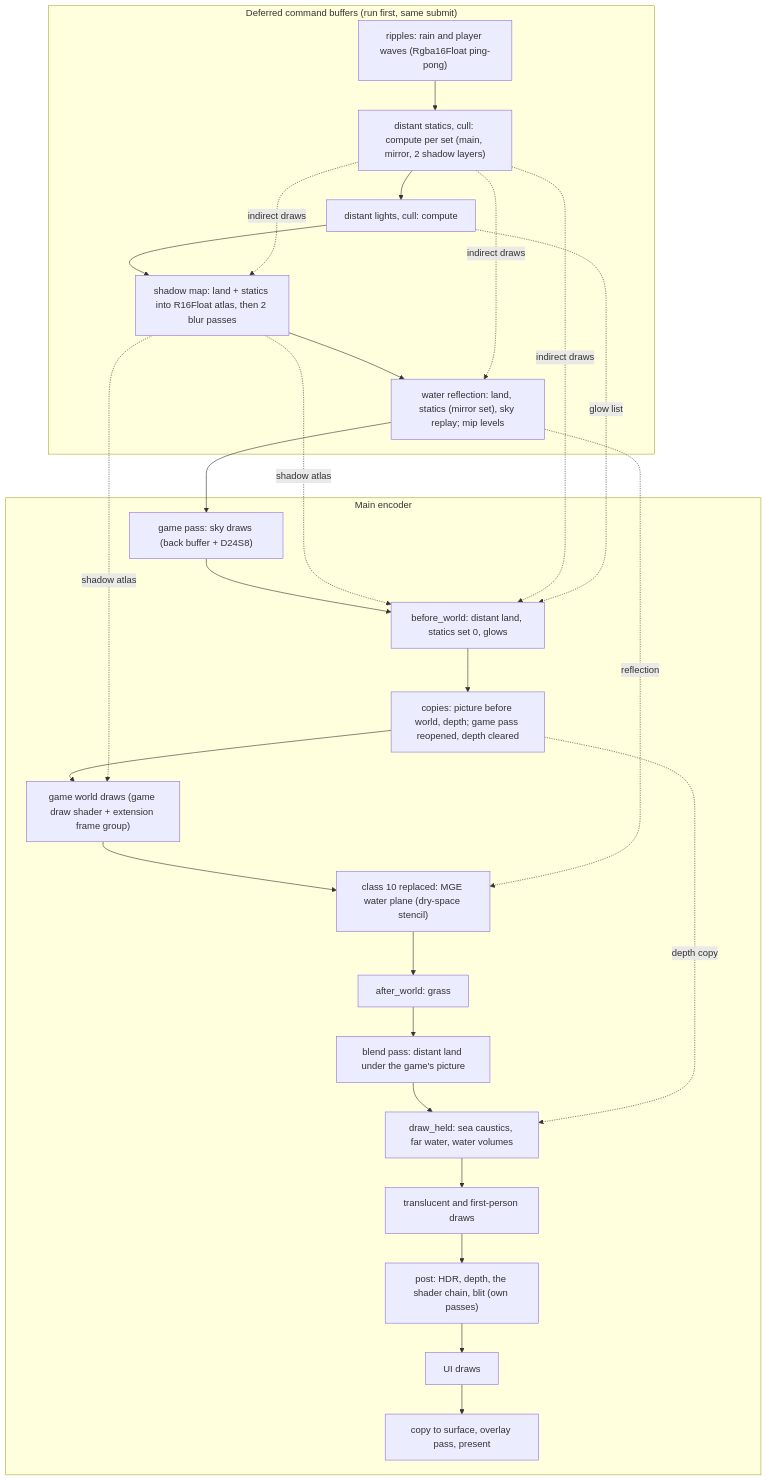
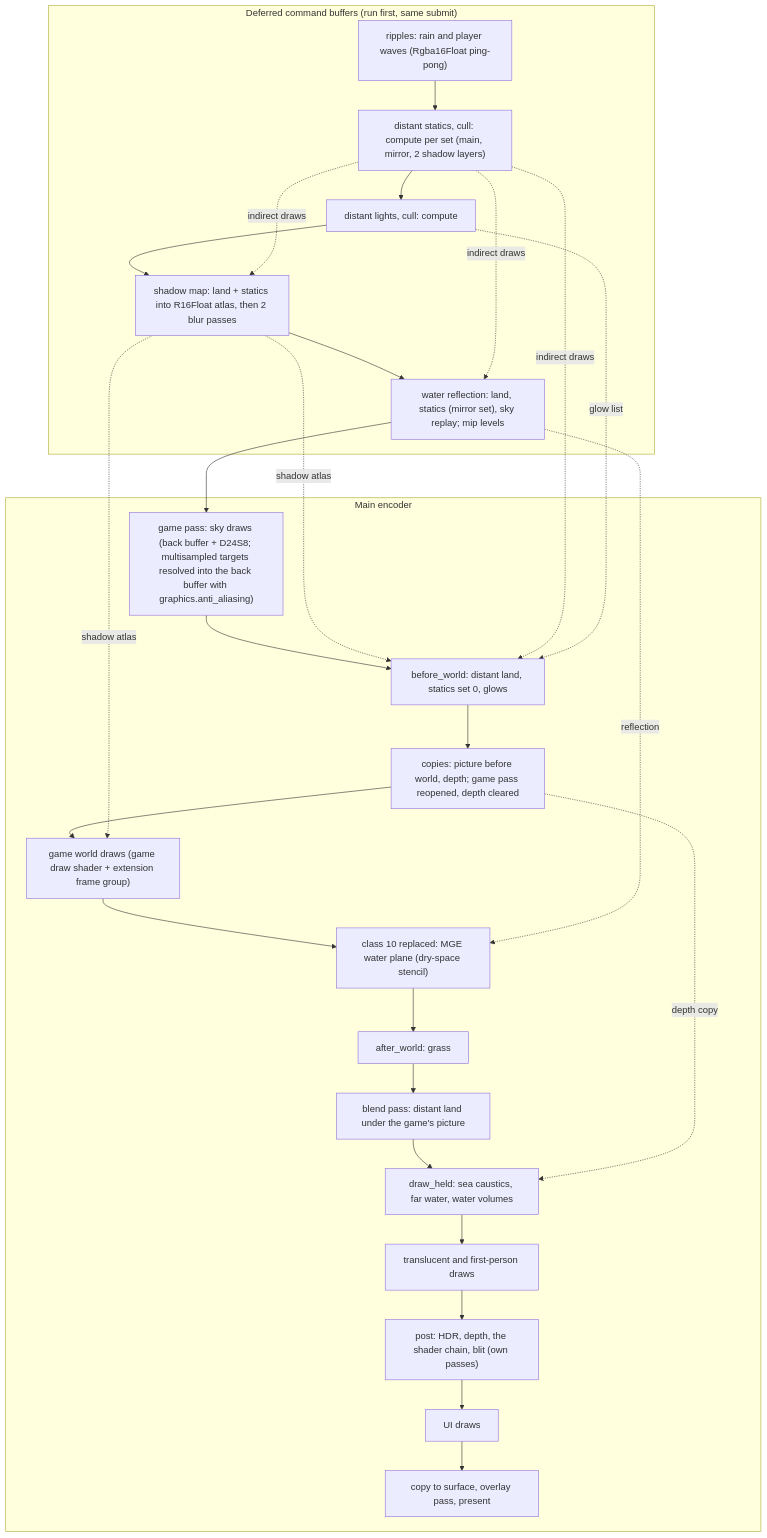
Before and after one commit to StormAtronach/MGE-XE-G7: the diagram in docs/architecture/wgpu-renderer.md, drawn with Mermaid. The commit also changed other lines of this file and 8 other files, not shown here.

````diff
--- a/docs/architecture/wgpu-renderer.md
+++ b/docs/architecture/wgpu-renderer.md
@@ -130,34 +144,34 @@
 ```mermaid
 flowchart TD
     subgraph deferred["Deferred command buffers (run first, same submit)"]
         R["ripples: rain and player waves (Rgba16Float ping-pong)"]
         C["distant statics, cull: compute per set (main, mirror, 2 shadow layers)"]
         L["distant lights, cull: compute"]
         S["shadow map: land + statics into R16Float atlas, then 2 blur passes"]
         W["water reflection: land, statics (mirror set), sky replay; mip levels"]
     end
     subgraph main["Main encoder"]
-        P0["game pass: sky draws (back buffer + D24S8)"]
+        P0["game pass: sky draws (back buffer + D24S8; multisampled targets resolved into the back buffer with graphics.anti_aliasing)"]
         P1["before_world: distant land, statics set 0, glows"]
         P2["copies: picture before world, depth; game pass reopened, depth cleared"]
         P3["game world draws (game draw shader + extension frame group)"]
         P4["class 10 replaced: MGE water plane (dry-space stencil)"]
         P5["after_world: grass"]
         P6["blend pass: distant land under the game's picture"]
         P7["draw_held: sea caustics, far water, water volumes"]
         P8["translucent and first-person draws"]
         P9["post: HDR, depth, the shader chain, blit (own passes)"]
         P10["UI draws"]
         P11["copy to surface, overlay pass, present"]
     end
     R --> C --> L --> S --> W --> P0
     P0 --> P1 --> P2 --> P3 --> P4 --> P5 --> P6 --> P7 --> P8 --> P9 --> P10 --> P11
     S -. shadow atlas .-> P1
     S -. shadow atlas .-> P3
     W -. reflection .-> P4
     C -. indirect draws .-> P1
     C -. indirect draws .-> W
     C -. indirect draws .-> S
     L -. glow list .-> P1
     P2 -. depth copy .-> P7
 ```
````
